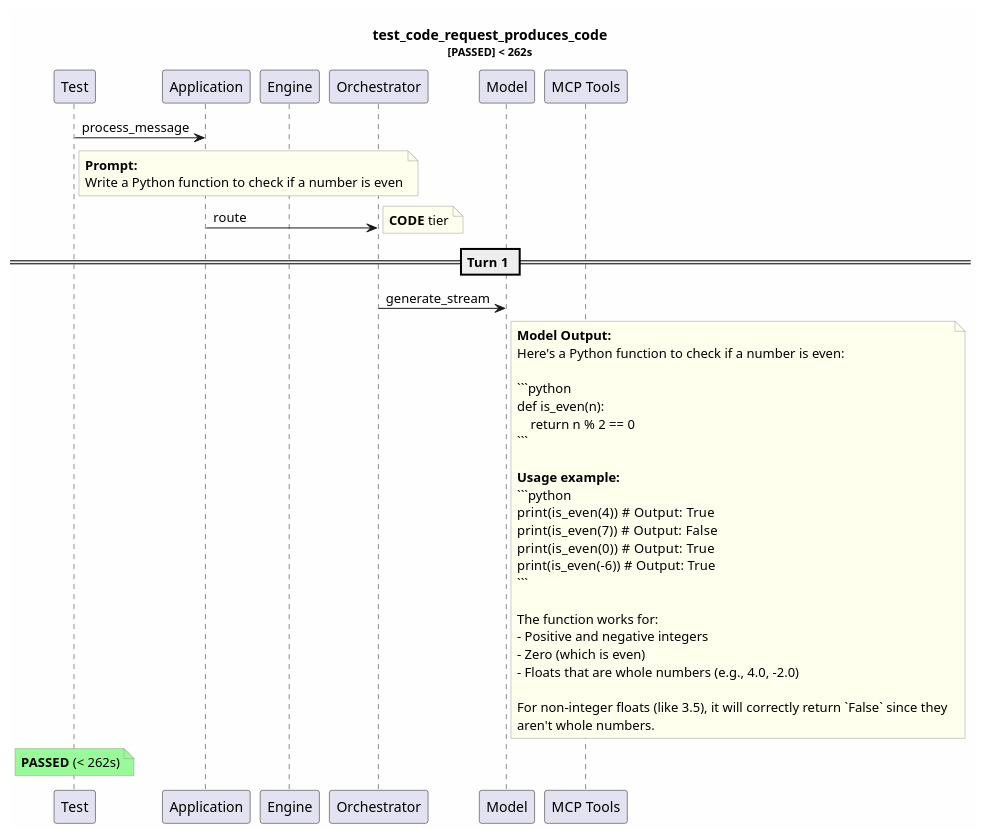
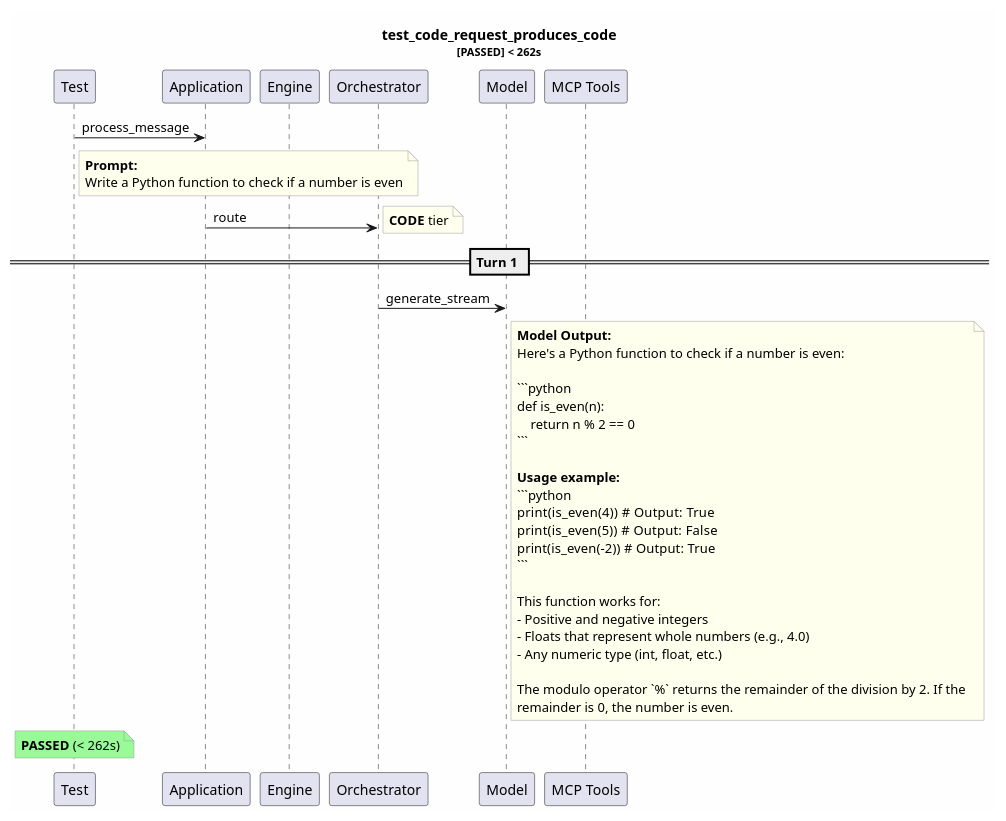
One commit to tvanfossen/entropic changed the diagram in test-reports/logs/test_code_request_produces_code/test_code_request_produces_code.puml. Above: the diagram before and after it, drawn with PlantUML. The commit also changed 30 other files, not shown here.

````diff
--- a/test-reports/logs/test_code_request_produces_code/test_code_request_produces_code.puml
+++ b/test-reports/logs/test_code_request_produces_code/test_code_request_produces_code.puml
@@ -1,52 +1,51 @@
 @startuml
 skinparam backgroundColor #FEFEFE
 skinparam noteBorderColor #999999
 skinparam noteBackgroundColor #FFFFEE
 title test_code_request_produces_code\n<size:11>[PASSED] < 262s</size>
 
 participant "Test" as T
 participant "Application" as App
 participant "Engine" as Eng
 participant "Orchestrator" as Orch
 participant "Model" as Mdl
 participant "MCP Tools" as MCP
 
 T -> App: process_message
 note right of T
   **Prompt:**
   Write a Python function to check if a number is even
 end note
 App -> Orch: route
 note right: **CODE** tier
 == Turn 1 ==
 Orch -> Mdl: generate_stream
 note right of Mdl
   **Model Output:**
   Here's a Python function to check if a number is even:
   
   ```python
   def is_even(n):
       return n % 2 == 0
   ```
   
   **Usage example:**
   ```python
   print(is_even(4))   # Output: True
-  print(is_even(7))   # Output: False
-  print(is_even(0))   # Output: True
-  print(is_even(-6))  # Output: True
+  print(is_even(5))   # Output: False
+  print(is_even(-2))  # Output: True
   ```
   
-  The function works for:
+  This function works for:
   - Positive and negative integers
-  - Zero (which is even)
-  - Floats that are whole numbers (e.g., 4.0, -2.0)
+  - Floats that represent whole numbers (e.g., 4.0)
+  - Any numeric type (int, float, etc.)
   
-  For non-integer floats (like 3.5), it will correctly return `False` since they 
-  aren't whole numbers.
+  The modulo operator `%` returns the remainder of the division by 2. If the 
+  remainder is 0, the number is even.
 end note
 note over T #palegreen
   **PASSED** (< 262s)
 end note
 
 @enduml
````
